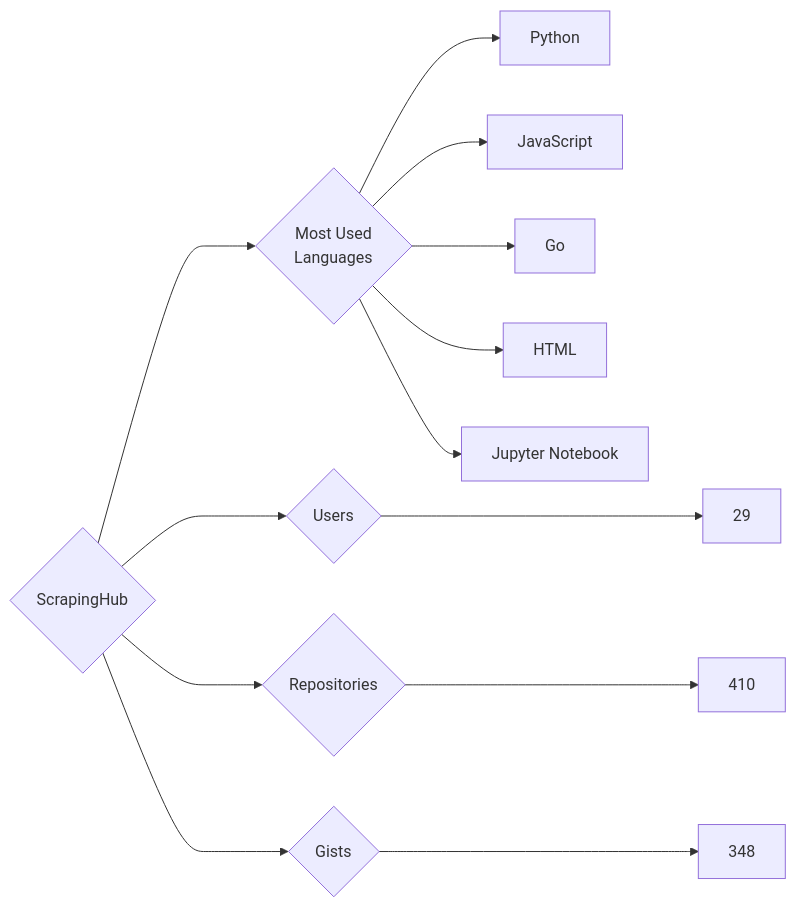
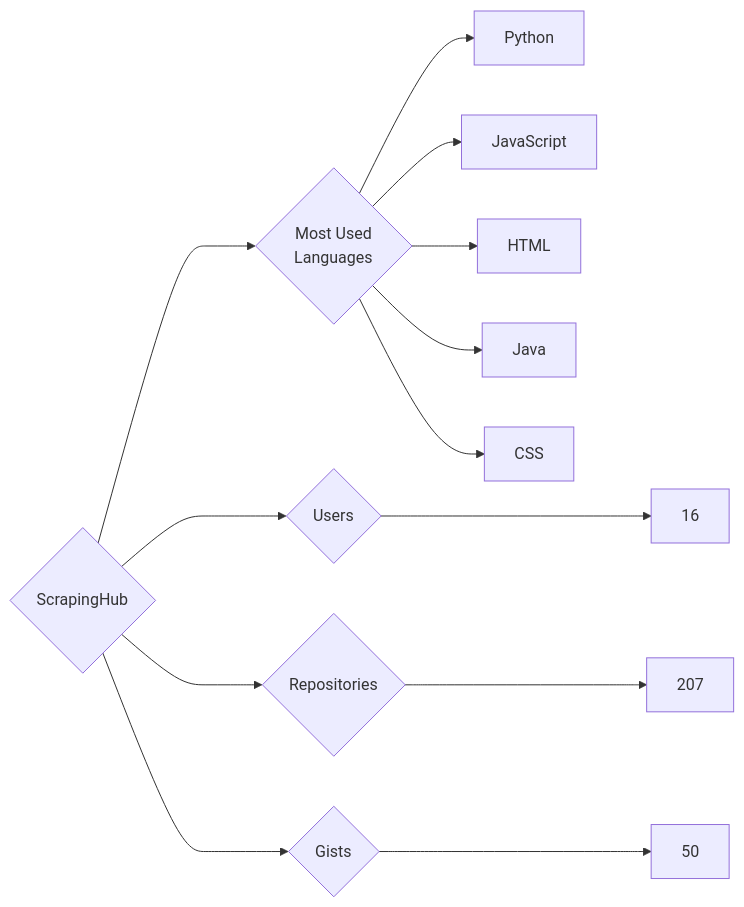
One commit to trickest/insiders changed the diagram in targets/ScrapingHub/README.md. Above: the diagram before and after it, drawn with Mermaid. The commit also changed 582 other files, not shown here.

````diff
--- a/targets/ScrapingHub/README.md
+++ b/targets/ScrapingHub/README.md
@@ -3,13 +3,13 @@
 ```mermaid
 graph LR
 COMPANY_NAME{ScrapingHub}
-COMPANY_NAME ---> U{Users} ---> UN[29]
-COMPANY_NAME ---> R{Repositories} ---> RN[410]
-COMPANY_NAME ---> G{Gists} ---> GN[348]
+COMPANY_NAME ---> U{Users} ---> UN[16]
+COMPANY_NAME ---> R{Repositories} ---> RN[207]
+COMPANY_NAME ---> G{Gists} ---> GN[50]
 COMPANY_NAME ---> ML{Most Used<br>Languages}
 ML --> Python[Python]
 ML --> JavaScript[JavaScript]
-ML --> Go[Go]
 ML --> HTML[HTML]
-ML --> Jupyter_Notebook[Jupyter Notebook]
+ML --> Java[Java]
+ML --> CSS[CSS]
 ```
````
